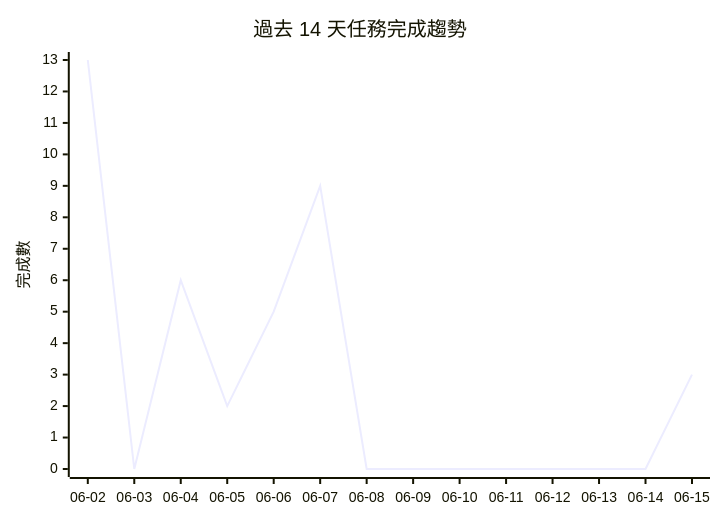
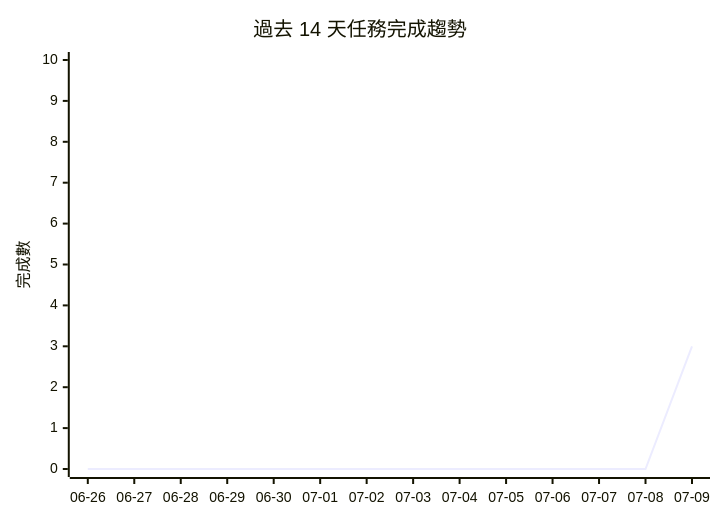
The diagram in PROJECTS.md (gentoobreaking/ai-tasks), drawn with Mermaid before and after one commit. The commit also changed other lines of this file and 60 other files, not shown here.

````diff
--- a/PROJECTS.md
+++ b/PROJECTS.md
@@ -148,7 +148,7 @@
 ```mermaid
 xychart-beta
     title "過去 14 天任務完成趨勢"
-    x-axis ["06-02", "06-03", "06-04", "06-05", "06-06", "06-07", "06-08", "06-09", "06-10", "06-11", "06-12", "06-13", "06-14", "06-15"]
-    y-axis "完成數" 0 --> 13
-    line [13, 0, 6, 2, 5, 9, 0, 0, 0, 0, 0, 0, 0, 3]
+    x-axis ["06-26", "06-27", "06-28", "06-29", "06-30", "07-01", "07-02", "07-03", "07-04", "07-05", "07-06", "07-07", "07-08", "07-09"]
+    y-axis "完成數" 0 --> 10
+    line [0, 0, 0, 0, 0, 0, 0, 0, 0, 0, 0, 0, 0, 3]
 ```
````
